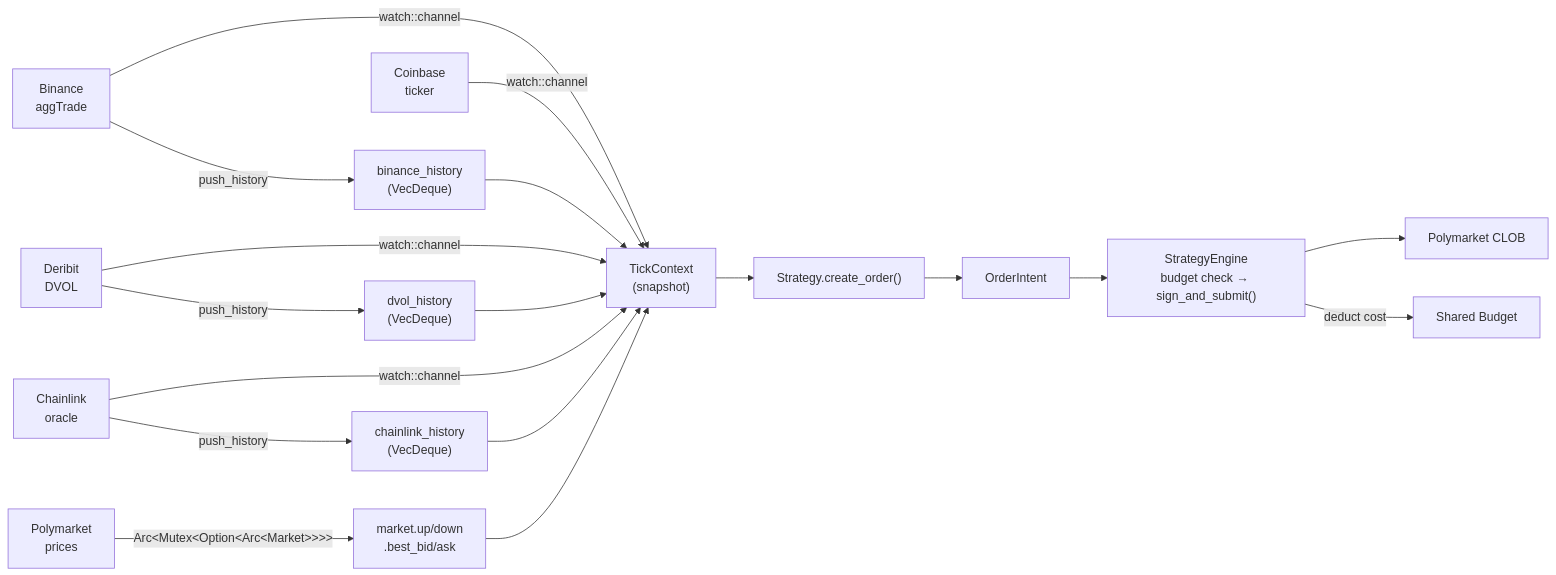
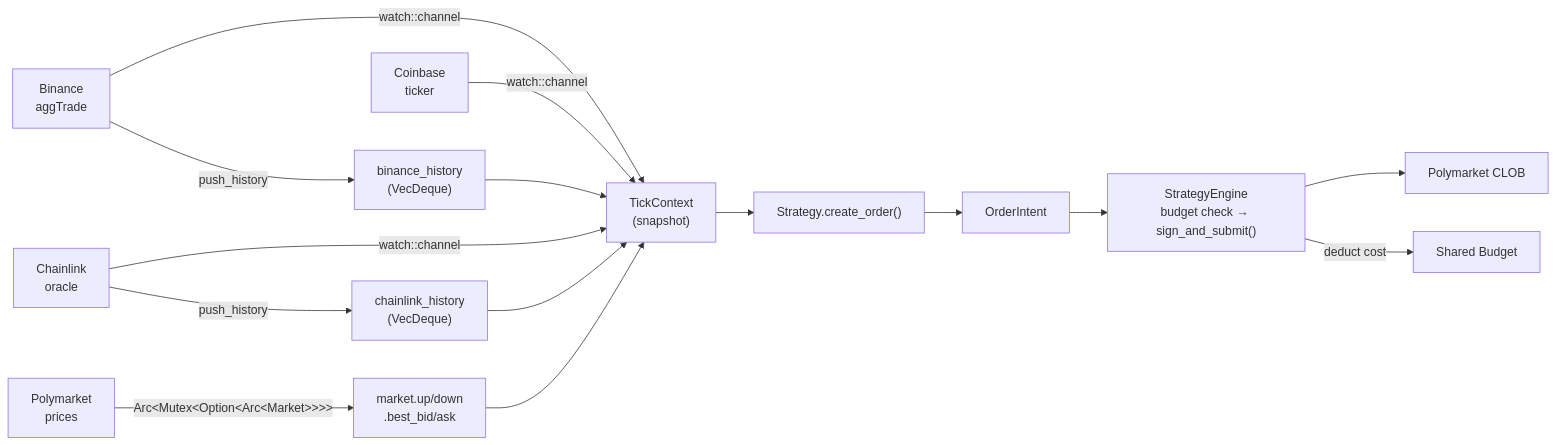
Before and after one commit to bbono/serekes: the third of 3 diagrams in docs/ARCHITECTURE.md, drawn with Mermaid. The commit also changed other lines of this file and 8 other files, not shown here.

First line of the commit message:
Remove Deribit DVOL feed entirely from bot

````diff
--- a/docs/ARCHITECTURE.md
+++ b/docs/ARCHITECTURE.md
@@ -131,20 +128,18 @@
 ```mermaid
 flowchart LR
     BIN["Binance<br/>aggTrade"] -->|watch::channel| TC["TickContext<br/>(snapshot)"]
     BIN -->|push_history| BH["binance_history<br/>(VecDeque)"]
     CB["Coinbase<br/>ticker"] -->|watch::channel| TC
-    DER["Deribit<br/>DVOL"] -->|watch::channel| TC
-    DER -->|push_history| DH["dvol_history<br/>(VecDeque)"]
     CL["Chainlink<br/>oracle"] -->|watch::channel| TC
     CL -->|push_history| CH["chainlink_history<br/>(VecDeque)"]
     PM["Polymarket<br/>prices"] -->|"Arc&lt;Mutex&lt;Option&lt;Arc&lt;Market&gt;&gt;&gt;&gt;"| MKT["market.up/down<br/>.best_bid/ask"]
 
-    BH & CH & DH --> TC
+    BH & CH --> TC
     MKT --> TC
 
     TC --> ENTRY["Strategy.create_order()"]
     ENTRY --> OI["OrderIntent"]
     OI --> SE["StrategyEngine<br/>budget check → sign_and_submit()"]
     SE --> CLOB["Polymarket CLOB"]
     SE -->|deduct cost| BUDGET["Shared Budget"]
 ```
````
